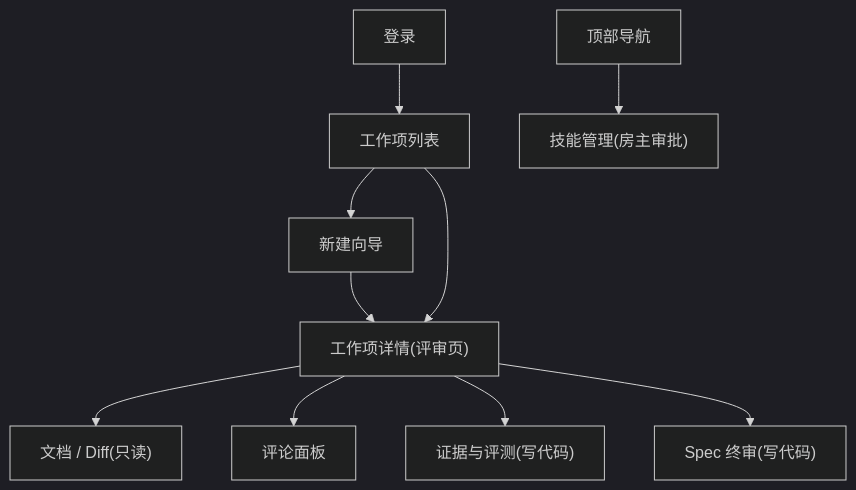
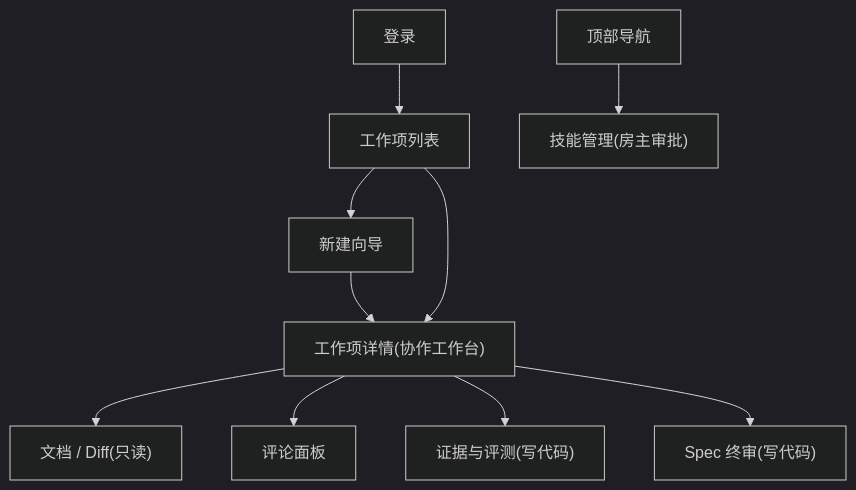
Before and after one commit to wonglaitung/opencode: the sixth of 6 diagrams in COLLECTIVE.md, drawn with Mermaid (dark theme). The commit also changed other lines of this file, not shown here.

````diff
--- a/COLLECTIVE.md
+++ b/COLLECTIVE.md
@@ -738,12 +738,12 @@
 ```mermaid
 flowchart TB
     L["登录"] --> W["工作项列表"]
     W --> N["新建向导"]
-    N --> D["工作项详情(评审页)"]
+    N --> D["工作项详情(协作工作台)"]
     W --> D
     D --> V1["文档 / Diff(只读)"]
     D --> V2["评论面板"]
     D --> V3["证据与评测(写代码)"]
     D --> V4["Spec 终审(写代码)"]
     T["顶部导航"] --> S["技能管理(房主审批)"]
 ```
````
